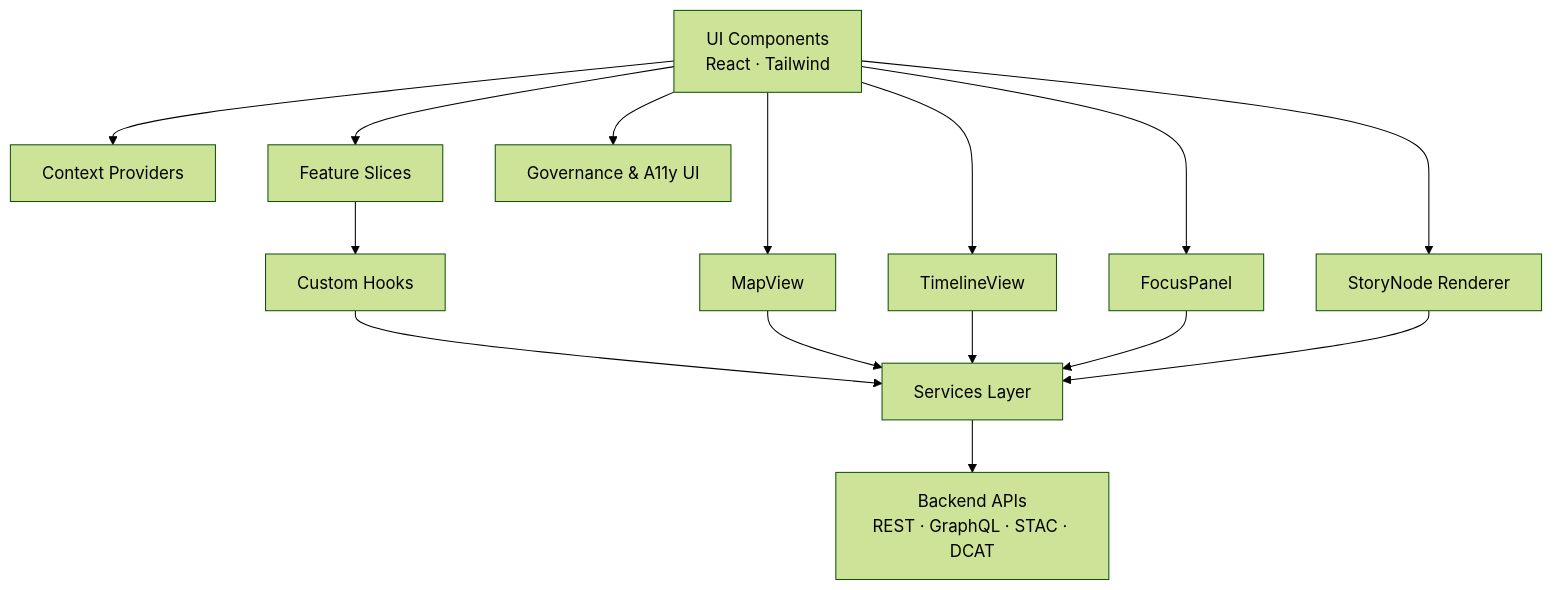
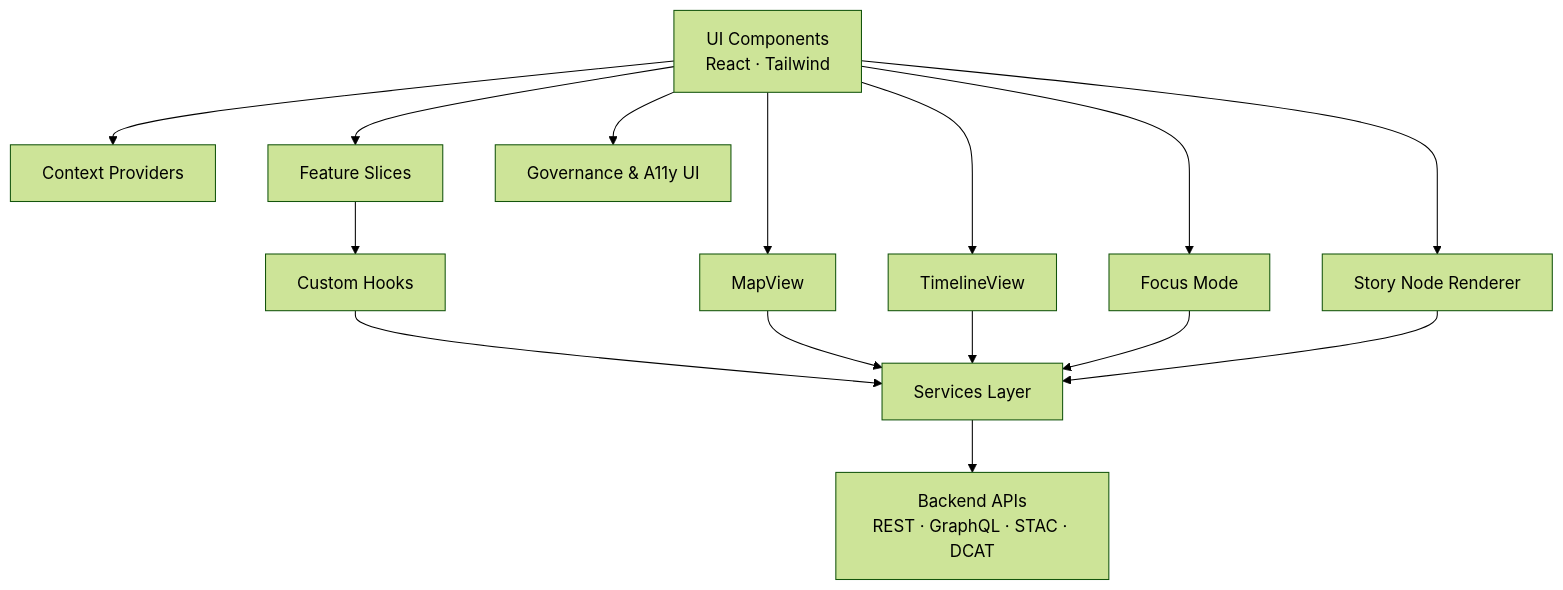
Before and after one commit to bartytime4life/Kansas-Frontier-Matrix: the first of 2 diagrams in web/src/ARCHITECTURE.md, drawn with Mermaid (forest theme). The commit also changed other lines of this file, not shown here.

First line of the commit message:
Update architecture specification to v10.4.1

```diff
--- a/web/src/ARCHITECTURE.md
+++ b/web/src/ARCHITECTURE.md
@@ -158,19 +177,19 @@
 ~~~mermaid
 flowchart TD
     UI[UI Components<br/>React · Tailwind] --> CTX[Context Providers]
     UI --> FEAT[Feature Slices]
     UI --> MAP[MapView]
     UI --> TL[TimelineView]
-    UI --> FP[FocusPanel]
-    UI --> STORY[StoryNode Renderer]
+    UI --> FM[Focus Mode]
+    UI --> STORY[Story Node Renderer]
     UI --> GOVUI[Governance & A11y UI]
 
     FEAT --> HK[Custom Hooks]
     HK --> SVC[Services Layer]
     MAP --> SVC
     TL --> SVC
-    FP --> SVC
+    FM --> SVC
     STORY --> SVC
 
     SVC --> API[Backend APIs<br/>REST · GraphQL · STAC · DCAT]
 ~~~
```
